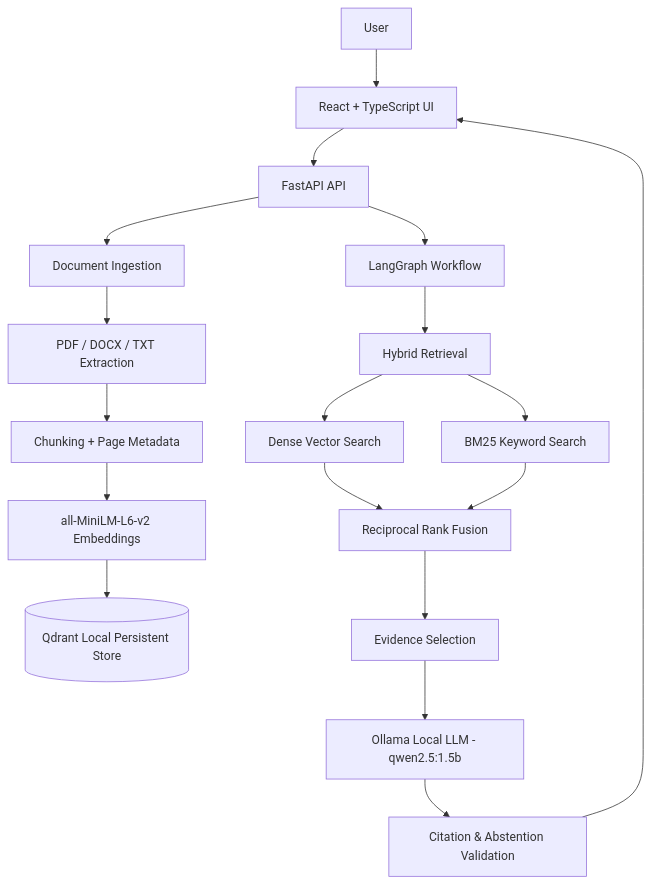
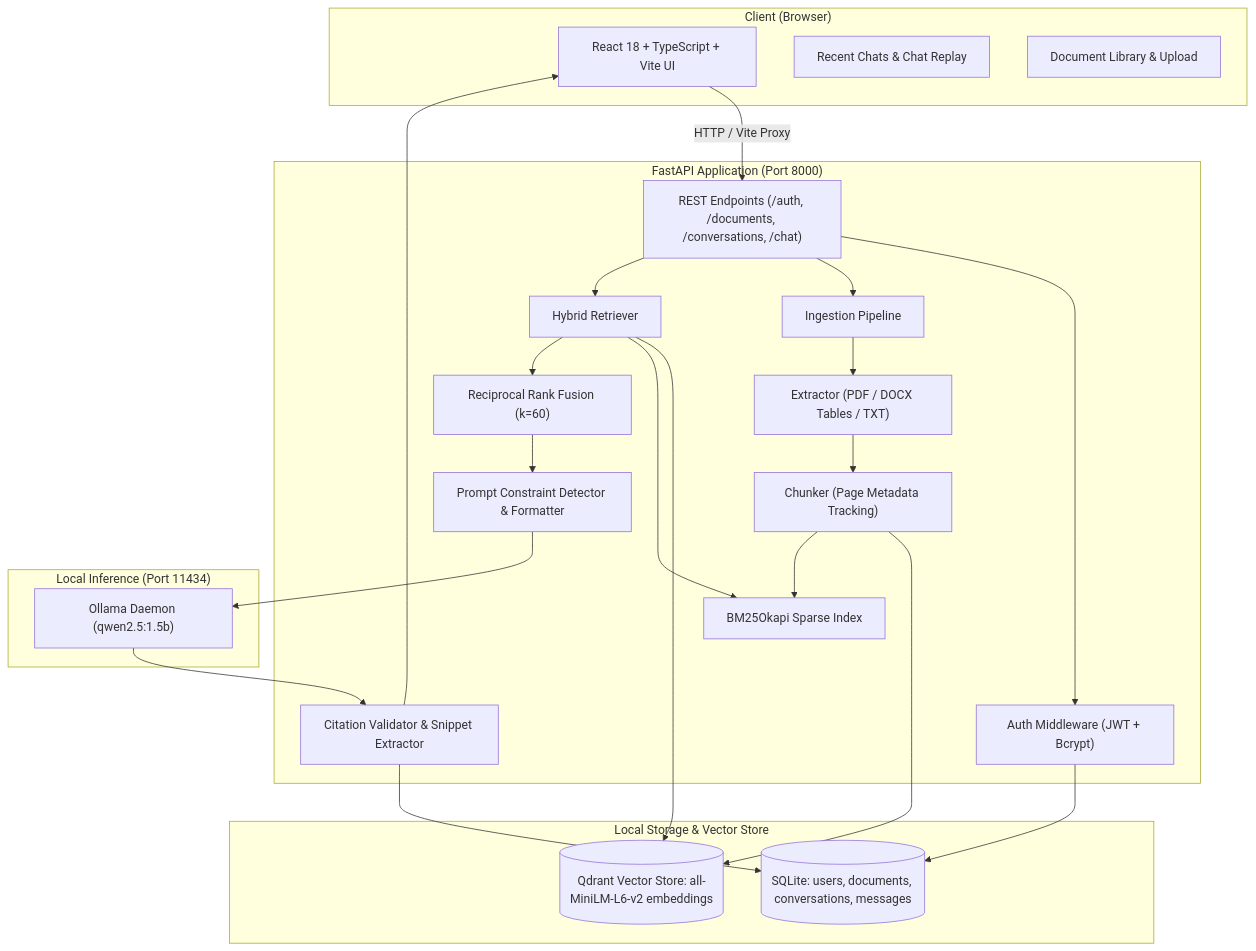
One commit to aayash317-svg/DocuMind-AI changed the diagram in README.md. Above: the diagram before and after it, drawn with Mermaid. The commit also changed other lines of this file, not shown here.

Commit message:
docs: comprehensive update to README.md with RAG quality improvements, architecture, and testing guide

````diff
--- a/README.md
+++ b/README.md
@@ -25,21 +50,48 @@
 ```mermaid
 flowchart TD
-    U[User] --> UI[React + TypeScript UI]
-    UI --> API[FastAPI API]
-    API --> ING[Document Ingestion]
-    ING --> EX[PDF / DOCX / TXT Extraction]
-    EX --> CH[Chunking + Page Metadata]
-    CH --> EMB[all-MiniLM-L6-v2 Embeddings]
-    EMB --> QD[(Qdrant Local Persistent Store)]
+    subgraph Client ["Client (Browser)"]
+        UI["React 18 + TypeScript + Vite UI"]
+        CH_UI["Recent Chats & Chat Replay"]
+        DOC_UI["Document Library & Upload"]
+    end
 
-    API --> AG[LangGraph Workflow]
-    AG --> RET[Hybrid Retrieval]
-    RET --> DENSE[Dense Vector Search]
-    RET --> BM25[BM25 Keyword Search]
-    DENSE --> RRF[Reciprocal Rank Fusion]
-    BM25 --> RRF
-    RRF --> EV[Evidence Selection]
-    EV --> LLM[Ollama Local LLM - qwen2.5:1.5b]
-    LLM --> VAL[Citation & Abstention Validation]
-    VAL --> UI
+    subgraph Backend ["FastAPI Application (Port 8000)"]
+        AUTH["Auth Middleware (JWT + Bcrypt)"]
+        API["REST Endpoints (/auth, /documents, /conversations, /chat)"]
+        ING["Ingestion Pipeline"]
+        EXT["Extractor (PDF / DOCX Tables / TXT)"]
+        CHK["Chunker (Page Metadata Tracking)"]
+        HYB["Hybrid Retriever"]
+        BM25["BM25Okapi Sparse Index"]
+        RRF["Reciprocal Rank Fusion (k=60)"]
+        FMT["Prompt Constraint Detector & Formatter"]
+        CIT["Citation Validator & Snippet Extractor"]
+    end
+
+    subgraph Storage ["Local Storage & Vector Store"]
+        SQL[(SQLite: users, documents, conversations, messages)]
+        QD[(Qdrant Vector Store: all-MiniLM-L6-v2 embeddings)]
+    end
+
+    subgraph LLM ["Local Inference (Port 11434)"]
+        OLLAMA["Ollama Daemon (qwen2.5:1.5b)"]
+    end
+
+    UI -->|HTTP / Vite Proxy| API
+    API --> AUTH
+    AUTH --> SQL
+    API --> ING
+    ING --> EXT --> CHK
+    CHK --> QD
+    CHK --> BM25
+
+    API --> HYB
+    HYB --> QD
+    HYB --> BM25
+    HYB --> RRF
+    RRF --> FMT
+    FMT --> OLLAMA
+    OLLAMA --> CIT
+    CIT --> SQL
+    CIT --> UI
 ```
````
